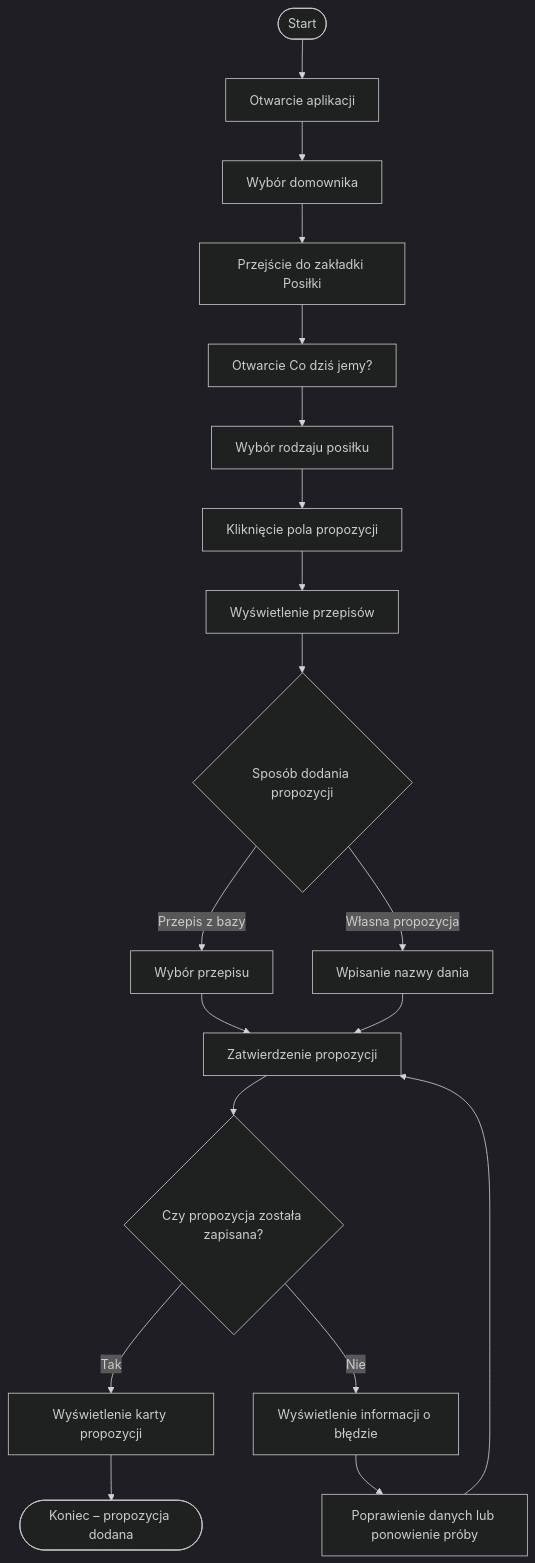
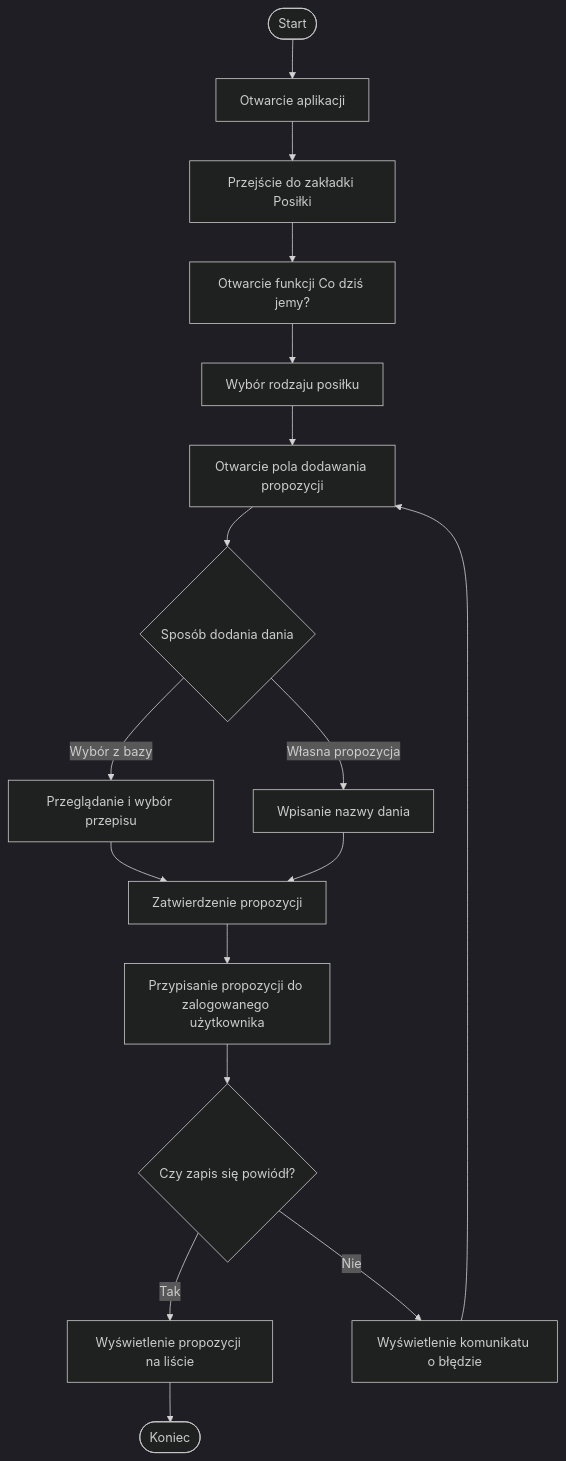
The first of 2 diagrams in docs/user-journey/user-flows.md (kasiek986/Hungrycator), drawn with Mermaid (dark theme) before and after one commit. The commit also changed other lines of this file, not shown here.

First line of the commit message:
Revise user flows and process descriptions

````diff
--- a/docs/user-journey/user-flows.md
+++ b/docs/user-journey/user-flows.md
@@ -47,25 +27,19 @@
 ```mermaid
 flowchart TD
     A([Start]) --> B[Otwarcie aplikacji]
-    B --> C[Wybór domownika]
-    C --> D[Przejście do zakładki Posiłki]
-    D --> E[Otwarcie Co dziś jemy?]
-    E --> F[Wybór rodzaju posiłku]
-    F --> G[Kliknięcie pola propozycji]
-    G --> H[Wyświetlenie przepisów]
-    H --> I{Sposób dodania propozycji}
-
-    I -->|Przepis z bazy| J[Wybór przepisu]
-    I -->|Własna propozycja| K[Wpisanie nazwy dania]
-
-    J --> L[Zatwierdzenie propozycji]
-    K --> L
-
-    L --> M{Czy propozycja została zapisana?}
-    M -->|Tak| N[Wyświetlenie karty propozycji]
-    M -->|Nie| O[Wyświetlenie informacji o błędzie]
-    O --> P[Poprawienie danych lub ponowienie próby]
-    P --> L
-
-    N --> Q([Koniec – propozycja dodana])
+    B --> C[Przejście do zakładki Posiłki]
+    C --> D[Otwarcie funkcji Co dziś jemy?]
+    D --> E[Wybór rodzaju posiłku]
+    E --> F[Otwarcie pola dodawania propozycji]
+    F --> G{Sposób dodania dania}
+    G -->|Wybór z bazy| H[Przeglądanie i wybór przepisu]
+    G -->|Własna propozycja| I[Wpisanie nazwy dania]
+    H --> J[Zatwierdzenie propozycji]
+    I --> J
+    J --> K[Przypisanie propozycji do zalogowanego użytkownika]
+    K --> L{Czy zapis się powiódł?}
+    L -->|Tak| M[Wyświetlenie propozycji na liście]
+    L -->|Nie| N[Wyświetlenie komunikatu o błędzie]
+    M --> O([Koniec])
+    N --> F
 ```
````
